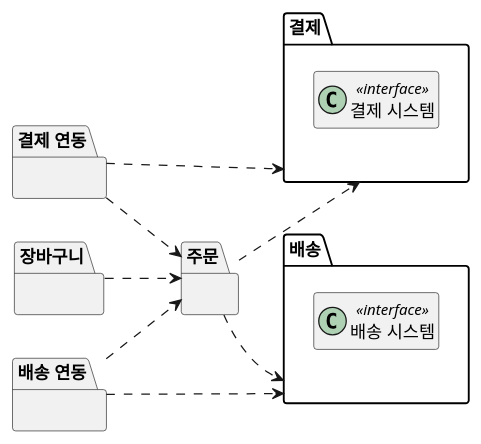
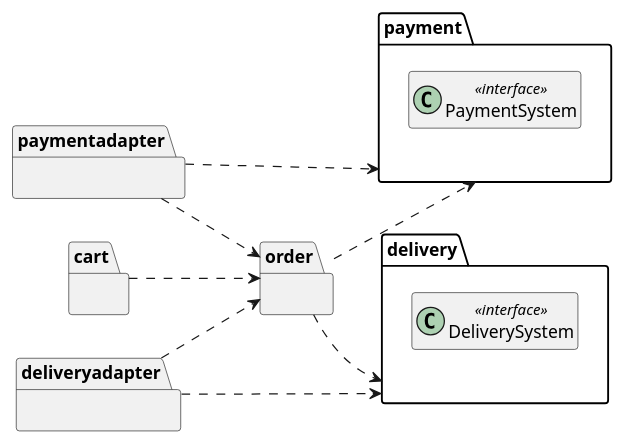
Before and after one commit to YoungSan77/TrainingMaterials: the seventh of 12 diagrams in courses/ooad/sessions/s05.md, drawn with PlantUML. The commit also changed other lines of this file and 69 other files, not shown here.

````diff
--- a/courses/ooad/sessions/s05.md
+++ b/courses/ooad/sessions/s05.md
@@ -659,27 +686,27 @@
 ```plantuml:package
 @startuml
 hide empty members
 left to right direction
-package "장바구니" as K {
+package "cart" as K {
 }
-package "주문" as O {
+package "order" as O {
 }
-package "결제" as P {
-  class "결제 시스템" as PS <<interface>>
+package "payment" as P {
+  class "PaymentSystem" as PS <<interface>>
 }
-package "배송" as D {
-  class "배송 시스템" as DS <<interface>>
+package "delivery" as D {
+  class "DeliverySystem" as DS <<interface>>
 }
-package "결제 연동" as PA {
+package "paymentadapter" as PA {
 }
-package "배송 연동" as DA {
+package "deliveryadapter" as DA {
 }
 K ..> O
 O ..> P
 O ..> D
 PA ..> P
 PA ..> O
 DA ..> D
 DA ..> O
 @enduml
 ```
````
